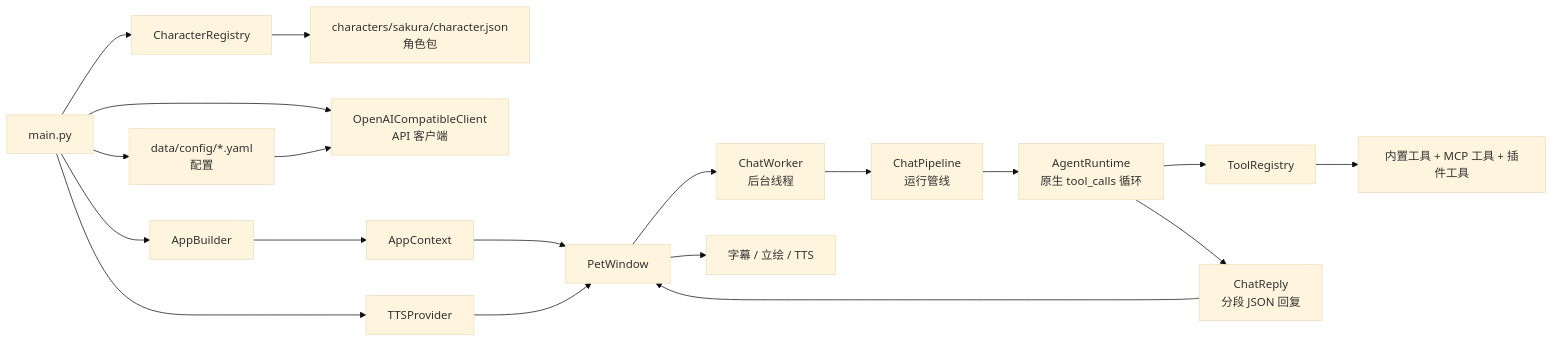
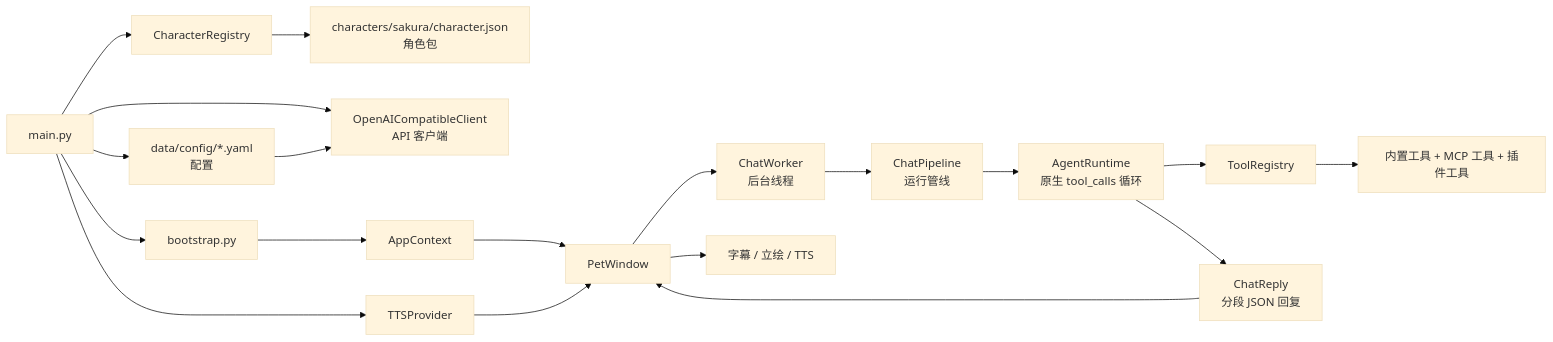
The diagram in docs/TECHNICAL_README.md (lkrkerry1/Asumi), drawn with Mermaid (base theme) before and after one commit. The commit also changed other lines of this file and 37 other files, not shown here.

````diff
--- a/docs/TECHNICAL_README.md
+++ b/docs/TECHNICAL_README.md
@@ -25,21 +25,21 @@
 ```mermaid
 flowchart LR
     A["main.py"] --> B["data/config/*.yaml<br/>配置"]
     A --> C["CharacterRegistry"]
     C --> D["characters/sakura/character.json<br/>角色包"]
     A --> E["OpenAICompatibleClient<br/>API 客户端"]
     B --> E
     A --> I["TTSProvider"]
-    A --> J["AppBuilder"]
+    A --> J["bootstrap.py"]
     J --> K["AppContext"]
     K --> L["PetWindow"]
     I --> L
     L --> M["ChatWorker<br/>后台线程"]
     M --> N["ChatPipeline<br/>运行管线"]
     N --> S["AgentRuntime<br/>原生 tool_calls 循环"]
     S --> T["ToolRegistry"]
     T --> U["内置工具 + MCP 工具 + 插件工具"]
     S --> V["ChatReply<br/>分段 JSON 回复"]
     V --> L
     L --> W["字幕 / 立绘 / TTS"]
 ```
````
